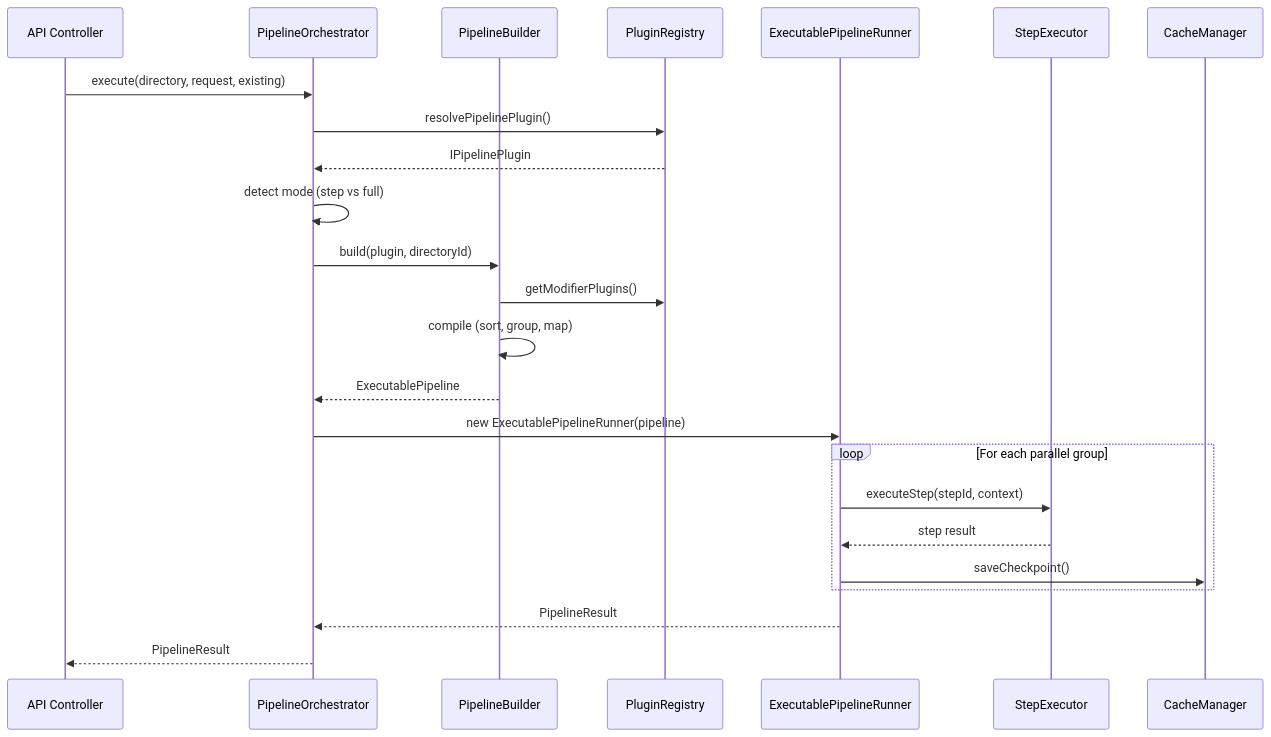
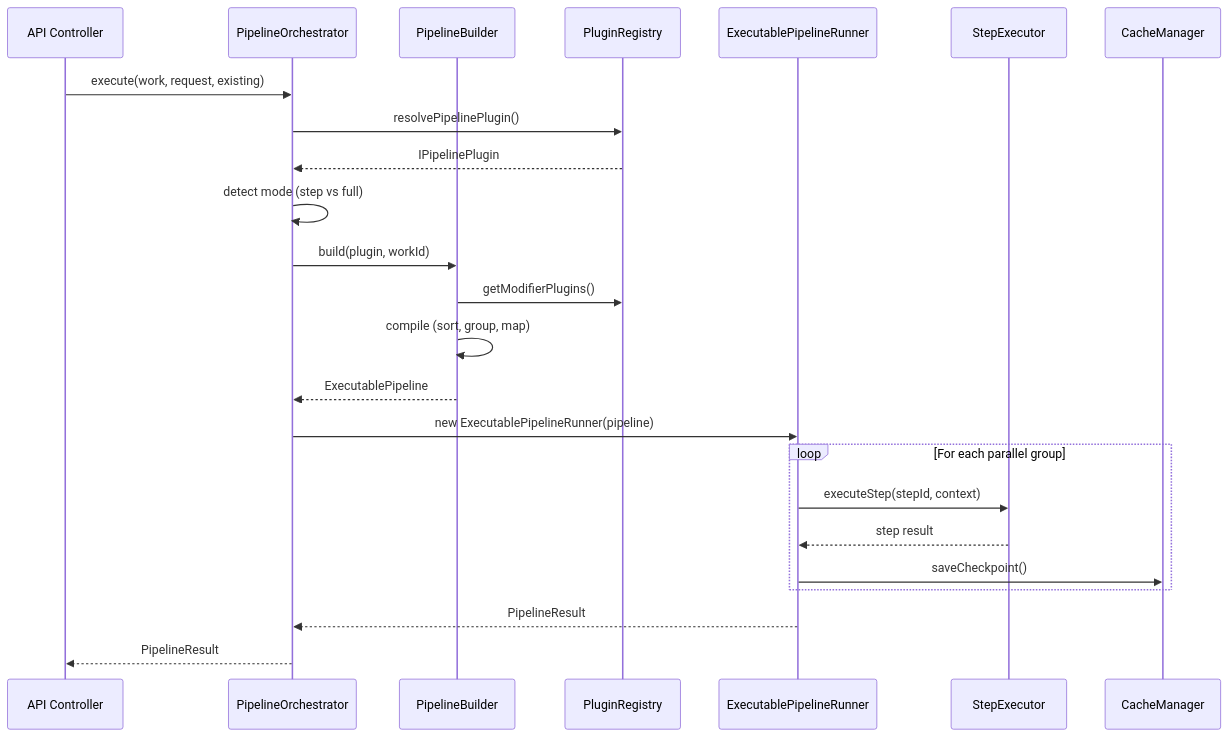
The second of 2 diagrams in docs/architecture/pipeline-system.md (ever-works/ever-works), drawn with Mermaid before and after one commit. The commit also changed other lines of this file and 395 other files, not shown here.

````diff
--- a/docs/architecture/pipeline-system.md
+++ b/docs/architecture/pipeline-system.md
@@ -255,29 +255,29 @@
 ```mermaid
 sequenceDiagram
     participant API as API Controller
     participant Orch as PipelineOrchestrator
     participant Builder as PipelineBuilder
     participant Registry as PluginRegistry
     participant Runner as ExecutablePipelineRunner
     participant Step as StepExecutor
     participant Cache as CacheManager
 
-    API->>Orch: execute(directory, request, existing)
+    API->>Orch: execute(work, request, existing)
     Orch->>Registry: resolvePipelinePlugin()
     Registry-->>Orch: IPipelinePlugin
     Orch->>Orch: detect mode (step vs full)
-    Orch->>Builder: build(plugin, directoryId)
+    Orch->>Builder: build(plugin, workId)
     Builder->>Registry: getModifierPlugins()
     Builder->>Builder: compile (sort, group, map)
     Builder-->>Orch: ExecutablePipeline
     Orch->>Runner: new ExecutablePipelineRunner(pipeline)
 
     loop For each parallel group
         Runner->>Step: executeStep(stepId, context)
         Step-->>Runner: step result
         Runner->>Cache: saveCheckpoint()
     end
 
     Runner-->>Orch: PipelineResult
     Orch-->>API: PipelineResult
 ```
````
